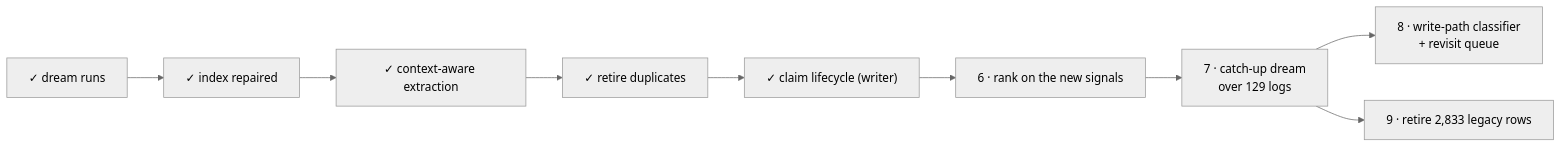
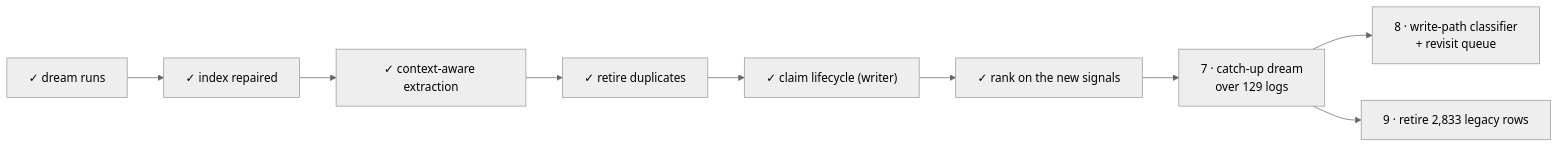
The fourth of 4 diagrams in docs/02-concepts/memory/architecture.md (cyzus/suzent), drawn with Mermaid before and after one commit. The commit also changed other lines of this file and 5 other files, not shown here.

````diff
--- a/docs/02-concepts/memory/architecture.md
+++ b/docs/02-concepts/memory/architecture.md
@@ -149,12 +150,12 @@
 ```mermaid
 %%{init: {'theme':'neutral'}}%%
 flowchart LR
     D1["✓ dream runs"] --> D2["✓ index repaired"]
     D2 --> D3["✓ context-aware extraction"]
     D3 --> D4["✓ retire duplicates"]
     D4 --> D5["✓ claim lifecycle (writer)"]
-    D5 --> N6["6 · rank on the new signals"]
+    D5 --> N6["✓ rank on the new signals"]
     N6 --> N7["7 · catch-up dream<br/>over 129 logs"]
     N7 --> N8["8 · write-path classifier<br/>+ revisit queue"]
     N7 --> N9["9 · retire 2,833 legacy rows"]
 ```
````
